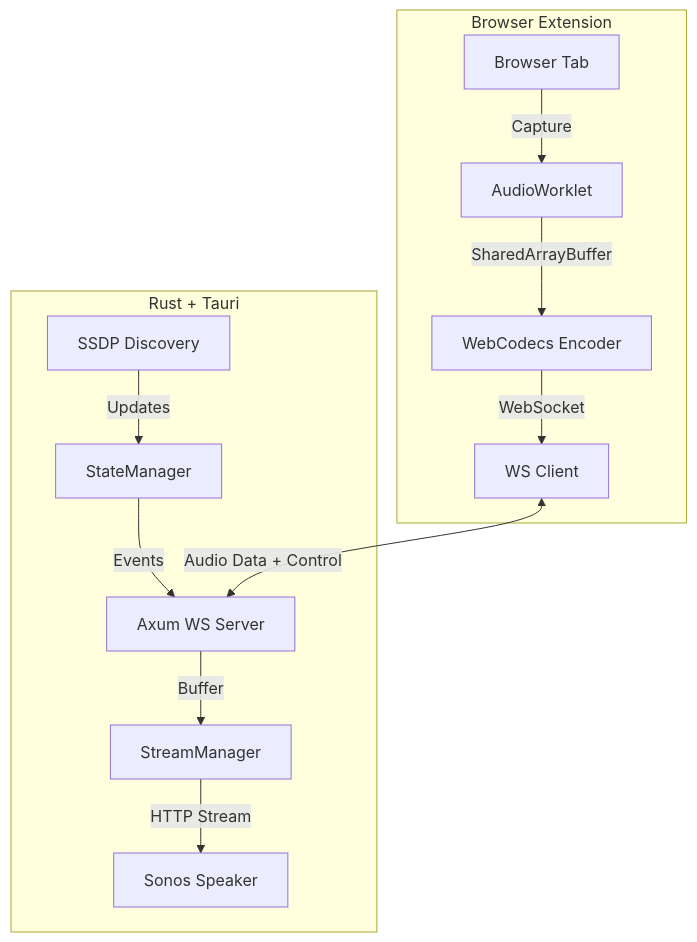
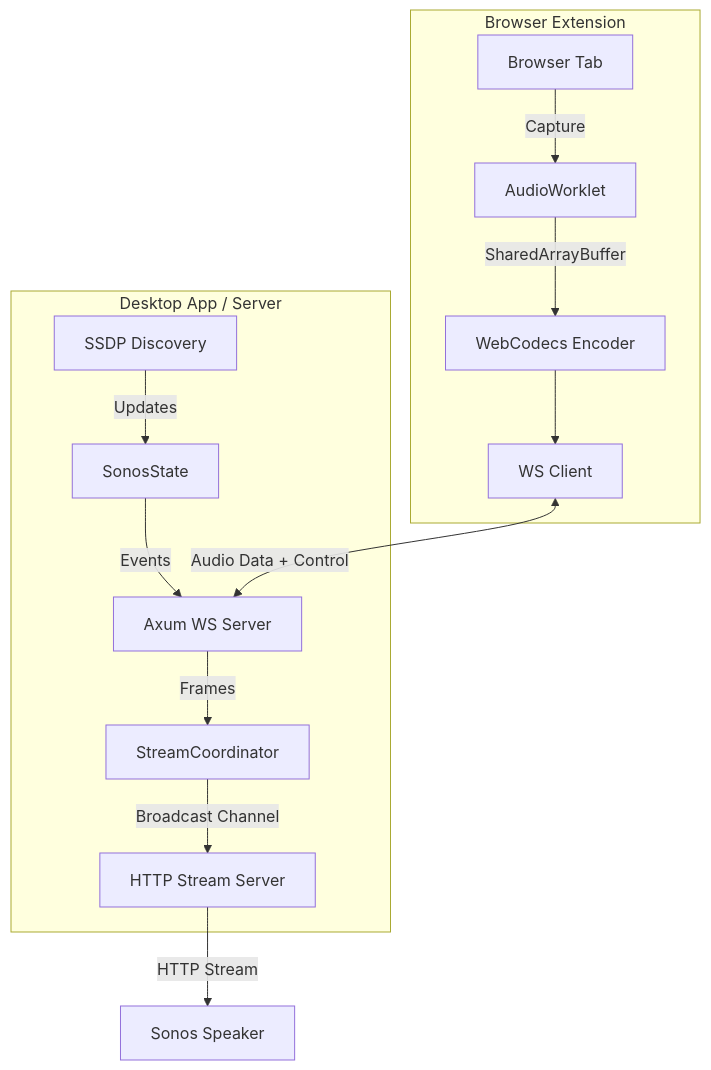
Before and after one commit to brew-lab/thaumic-cast: the diagram in docs/ARCHITECTURE.md, drawn with Mermaid. The commit also changed other lines of this file and 4 other files, not shown here.

````diff
--- a/docs/ARCHITECTURE.md
+++ b/docs/ARCHITECTURE.md
@@ -15,17 +15,18 @@
 ```mermaid
 graph TD
     subgraph Browser Extension
         Tab[Browser Tab] -->|Capture| AudioWorklet
         AudioWorklet -->|SharedArrayBuffer| Encoder[WebCodecs Encoder]
-        Encoder -->|WebSocket| WS_Client[WS Client]
+        Encoder --> WS_Client[WS Client]
     end
 
-    subgraph Desktop App [Rust + Tauri]
-        WS_Server[Axum WS Server] -->|Buffer| StreamManager
-        StreamManager -->|HTTP Stream| SonosSpeaker[Sonos Speaker]
-        Discovery[SSDP Discovery] -->|Updates| StateManager
-        StateManager -->|Events| WS_Server
+    subgraph Server["Desktop App / Server"]
+        WS_Server[Axum WS Server] -->|Frames| StreamCoordinator
+        StreamCoordinator -->|Broadcast Channel| HTTP[HTTP Stream Server]
+        Discovery[SSDP Discovery] -->|Updates| SonosState
+        SonosState -->|Events| WS_Server
     end
 
     WS_Client <-->|Audio Data + Control| WS_Server
+    HTTP -->|HTTP Stream| Speaker[Sonos Speaker]
 ```
````
